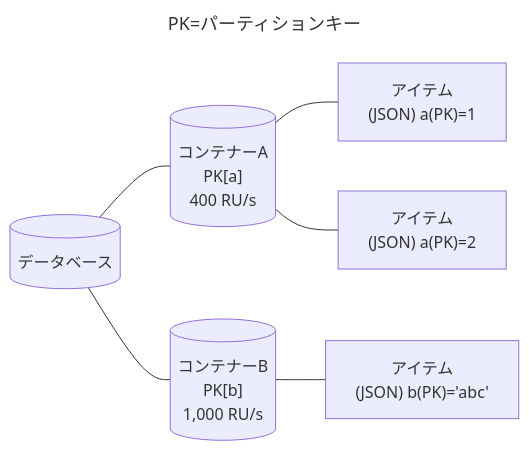
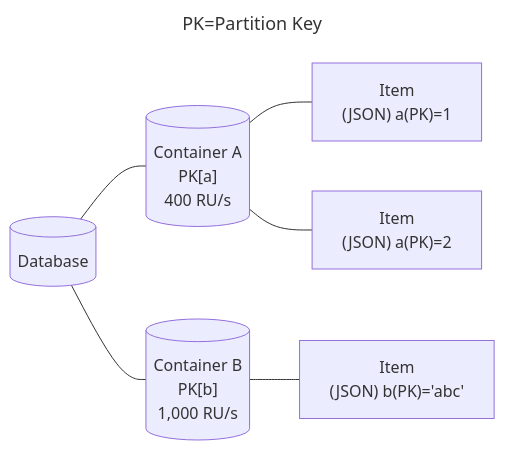
Before and after one commit to tahayaka-microsoft/CosmosDB-ChangeFeed-Functions: the first of 5 diagrams in en/00_CosmosDB_Essential.md, drawn with Mermaid. The commit also changed other lines of this file, not shown here.

````diff
--- a/en/00_CosmosDB_Essential.md
+++ b/en/00_CosmosDB_Essential.md
@@ -170,18 +170,18 @@
 ```mermaid
 ---
-title: PK=パーティションキー
+title: PK=Partition Key
 ---
 graph LR
-    A[(データベース)] --- B[("コンテナーA
+    A[(Database)] --- B[("Container A
     PK[a]
     400 RU/s")]
-    A --- C[("コンテナーB
+    A --- C[("Container B
     PK[b]
     1,000 RU/s")]
-    C --- E["アイテム
+    C --- E["Item
     (JSON) b(PK)='abc'"]
-    B --- D["アイテム
+    B --- D["Item
     (JSON) a(PK)=1"]
-    B --- F["アイテム
+    B --- F["Item
     (JSON) a(PK)=2"]
 ```
````
